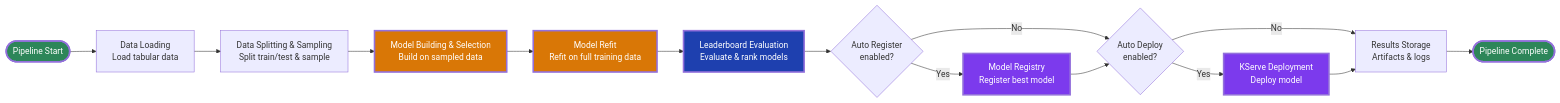
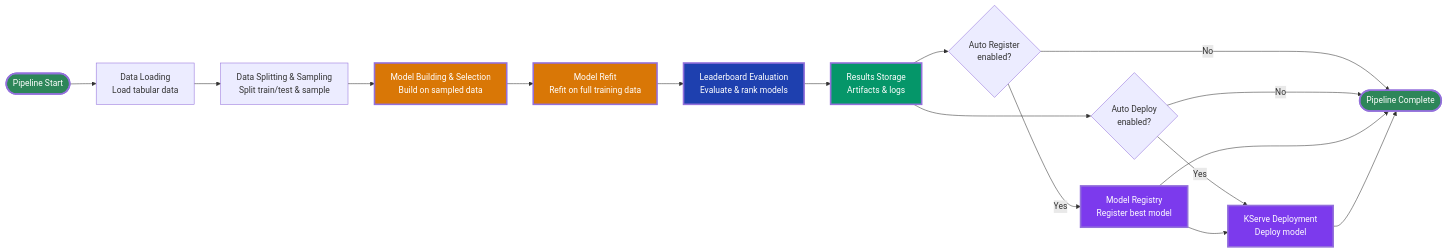
Before and after one commit to opendatahub-io/architecture-decision-records: the diagram in architecture-decision-records/automl/ODH-ADR-0001-automl.md, drawn with Mermaid. The commit also changed other lines of this file, not shown here.

Commit message:
flowchart updated

````diff
--- a/architecture-decision-records/automl/ODH-ADR-0001-automl.md
+++ b/architecture-decision-records/automl/ODH-ADR-0001-automl.md
@@ -81,24 +81,27 @@
 ```mermaid
 flowchart LR
     Start([Pipeline Start]) --> DataLoad["Data Loading<br/>Load tabular data"]
     DataLoad --> DataSplit["Data Splitting & Sampling<br/>Split train/test & sample"]
     DataSplit --> ModelBuild["Model Building & Selection<br/>Build on sampled data"]
     ModelBuild --> ModelRefit["Model Refit<br/>Refit on full training data"]
     ModelRefit --> Leaderboard["Leaderboard Evaluation<br/>Evaluate & rank models"]
-    Leaderboard --> CheckRegistry{"Auto Register<br/>enabled?"}
+    Leaderboard --> ResultsStorage["Results Storage<br/>Artifacts & logs"]
+    ResultsStorage --> CheckRegistry{"Auto Register<br/>enabled?"}
+    ResultsStorage --> CheckDeploy{"Auto Deploy<br/>enabled?"}
     CheckRegistry -->|Yes| Registry["Model Registry<br/>Register best model"]
-    CheckRegistry -->|No| CheckDeploy{"Auto Deploy<br/>enabled?"}
-    Registry --> CheckDeploy
+    CheckRegistry -->|No| End([Pipeline Complete])
     CheckDeploy -->|Yes| Deploy["KServe Deployment<br/>Deploy model"]
-    CheckDeploy -->|No| ResultsStorage["Results Storage<br/>Artifacts & logs"]
-    Deploy --> ResultsStorage
-    ResultsStorage --> End([Pipeline Complete])
+    CheckDeploy -->|No| End
+    Registry --> Deploy
+    Registry --> End
+    Deploy --> End
     
     style Start fill:#2d8659,color:#fff,stroke-width:3px
     style End fill:#2d8659,color:#fff,stroke-width:3px
     style ModelBuild fill:#d97706,color:#fff,stroke-width:3px
     style ModelRefit fill:#d97706,color:#fff,stroke-width:3px
     style Leaderboard fill:#1e40af,color:#fff,stroke-width:3px
+    style ResultsStorage fill:#059669,color:#fff,stroke-width:3px
     style Registry fill:#7c3aed,color:#fff,stroke-width:3px
     style Deploy fill:#7c3aed,color:#fff,stroke-width:3px
 ```
````
